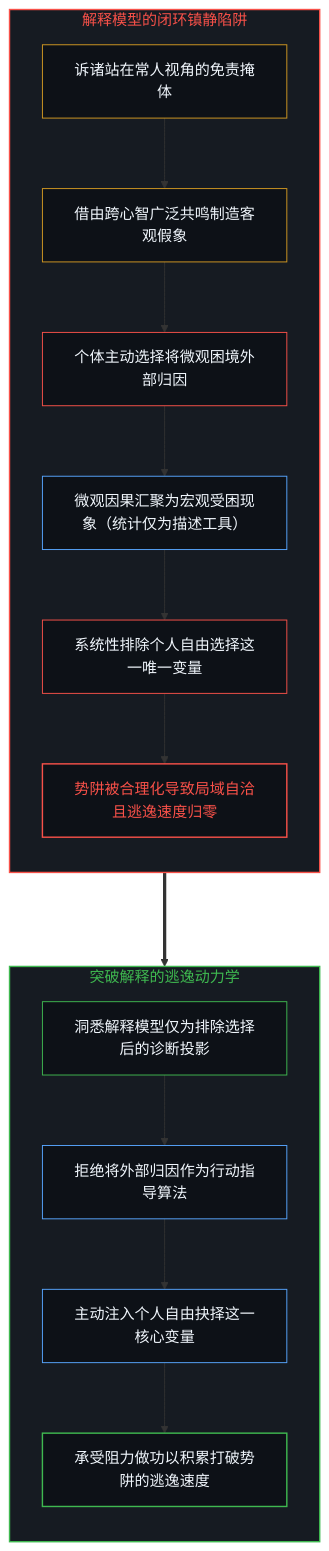
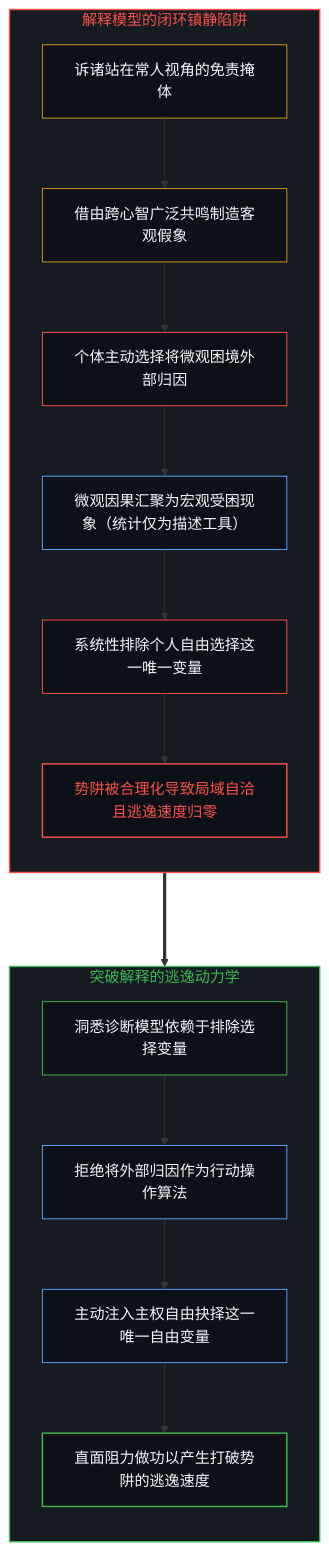
One commit to powerpig99/not-a-toe changed the first of 10 diagrams in content/posts/the-explanatory-trap-of-the-ordinary-perspective.md. Above: the diagram before and after it, drawn with Mermaid. The commit also changed other lines of this file and 12 other files, not shown here.

````diff
--- a/content/posts/the-explanatory-trap-of-the-ordinary-perspective.md
+++ b/content/posts/the-explanatory-trap-of-the-ordinary-perspective.md
@@ -15,33 +17,33 @@
 ```mermaid
-graph TD
+flowchart TD
     subgraph S_ExplanatorySedative ["解释模型的闭环镇静陷阱"]
         direction TB
         E_Trope["诉诸站在常人视角的免责掩体"] --> E_Resonance["借由跨心智广泛共鸣制造客观假象"]
         E_Resonance --> E_Attribution["个体主动选择将微观困境外部归因"]
         E_Attribution --> E_Macro["微观因果汇聚为宏观受困现象（统计仅为描述工具）"]
         E_Macro --> E_Filter["系统性排除个人自由选择这一唯一变量"]
         E_Filter --> E_Lock["势阱被合理化导致局域自洽且逃逸速度归零"]
     end
 
     subgraph S_EscapeBreakthrough ["突破解释的逃逸动力学"]
         direction TB
-        B_Recognize["洞悉解释模型仅为排除选择后的诊断投影"] --> B_Refuse["拒绝将外部归因作为行动指导算法"]
-        B_Refuse --> B_Inject["主动注入个人自由抉择这一核心变量"]
-        B_Inject --> B_Thrust["承受阻力做功以积累打破势阱的逃逸速度"]
+        B_Recognize["洞悉诊断模型依赖于排除选择变量"] --> B_Refuse["拒绝将外部归因作为行动操作算法"]
+        B_Refuse --> B_Inject["主动注入主权自由抉择这一唯一自由变量"]
+        B_Inject --> B_Thrust["直面阻力做功以产生打破势阱的逃逸速度"]
     end
 
     E_Lock ===> B_Recognize
 
     style S_ExplanatorySedative fill:#161b22,stroke:#f85149,stroke-width:1.5px,color:#f85149
     style S_EscapeBreakthrough fill:#161b22,stroke:#3fb950,stroke-width:1.5px,color:#3fb950
     style E_Trope fill:#0d1117,stroke:#d29922,stroke-width:1px,color:#f0f6fc
     style E_Resonance fill:#0d1117,stroke:#d29922,stroke-width:1px,color:#f0f6fc
     style E_Attribution fill:#0d1117,stroke:#f85149,stroke-width:1px,color:#f0f6fc
     style E_Macro fill:#0d1117,stroke:#58a6ff,stroke-width:1px,color:#f0f6fc
     style E_Filter fill:#0d1117,stroke:#f85149,stroke-width:1px,color:#f0f6fc
     style E_Lock fill:#0d1117,stroke:#f85149,stroke-width:1.5px,color:#f85149
     style B_Recognize fill:#0d1117,stroke:#3fb950,stroke-width:1px,color:#f0f6fc
     style B_Refuse fill:#0d1117,stroke:#58a6ff,stroke-width:1px,color:#f0f6fc
     style B_Inject fill:#0d1117,stroke:#58a6ff,stroke-width:1px,color:#f0f6fc
     style B_Thrust fill:#0d1117,stroke:#3fb950,stroke-width:1.5px,color:#f0f6fc
 ```
````
